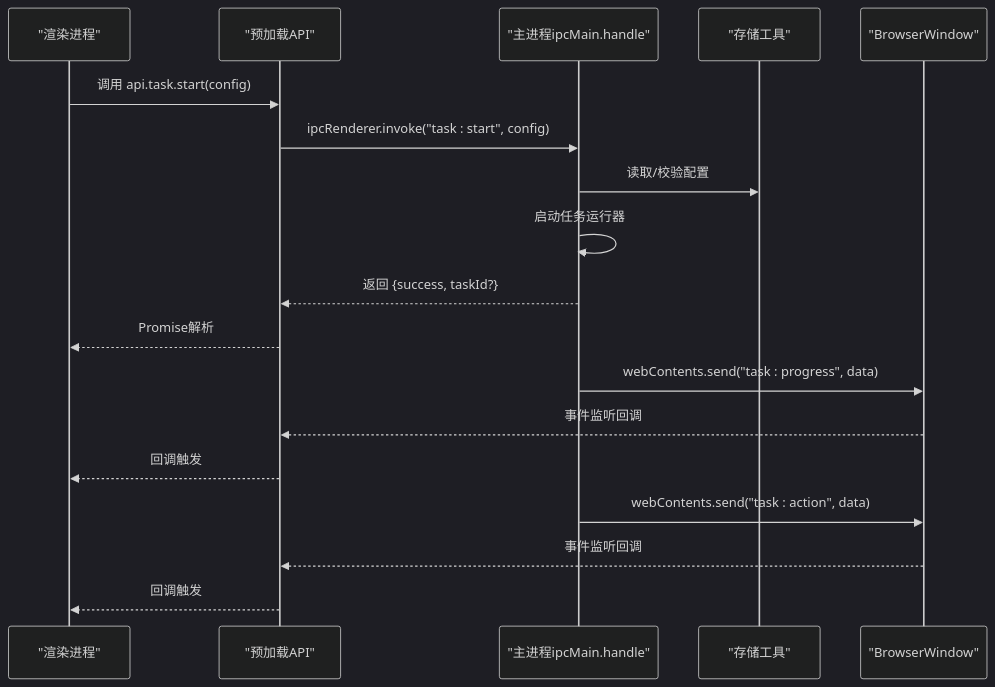
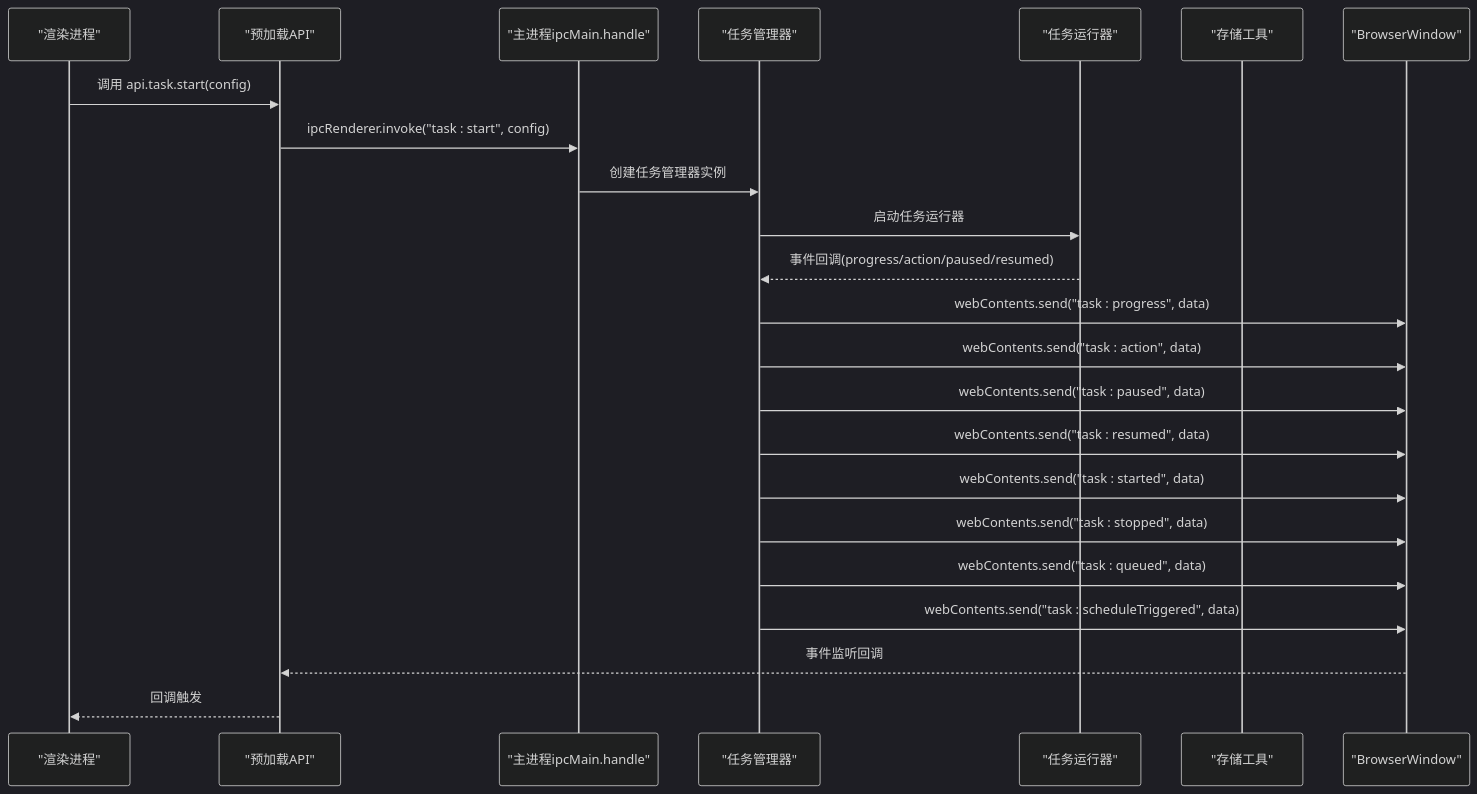
Before and after one commit to hipig/autoOps: the second of 5 diagrams in .qoder/repowiki/zh/content/IPC通信/IPC通信.md, drawn with Mermaid (dark theme). The commit also changed other lines of this file and 37 other files, not shown here.

````diff
--- a/.qoder/repowiki/zh/content/IPC通信/IPC通信.md
+++ b/.qoder/repowiki/zh/content/IPC通信/IPC通信.md
@@ -104,20 +117,25 @@
 ```mermaid
 sequenceDiagram
 participant Renderer as "渲染进程"
 participant Preload as "预加载API"
 participant Main as "主进程ipcMain.handle"
+participant Manager as "任务管理器"
+participant Runner as "任务运行器"
 participant Store as "存储工具"
 participant Win as "BrowserWindow"
 Renderer->>Preload : 调用 api.task.start(config)
 Preload->>Main : ipcRenderer.invoke("task : start", config)
-Main->>Store : 读取/校验配置
-Main->>Main : 启动任务运行器
-Main-->>Preload : 返回 {success, taskId?}
-Preload-->>Renderer : Promise解析
-Main->>Win : webContents.send("task : progress", data)
-Win-->>Preload : 事件监听回调
-Preload-->>Renderer : 回调触发
-Main->>Win : webContents.send("task : action", data)
+Main->>Manager : 创建任务管理器实例
+Manager->>Runner : 启动任务运行器
+Runner-->>Manager : 事件回调(progress/action/paused/resumed)
+Manager->>Win : webContents.send("task : progress", data)
+Manager->>Win : webContents.send("task : action", data)
+Manager->>Win : webContents.send("task : paused", data)
+Manager->>Win : webContents.send("task : resumed", data)
+Manager->>Win : webContents.send("task : started", data)
+Manager->>Win : webContents.send("task : stopped", data)
+Manager->>Win : webContents.send("task : queued", data)
+Manager->>Win : webContents.send("task : scheduleTriggered", data)
 Win-->>Preload : 事件监听回调
 Preload-->>Renderer : 回调触发
 ```
````
